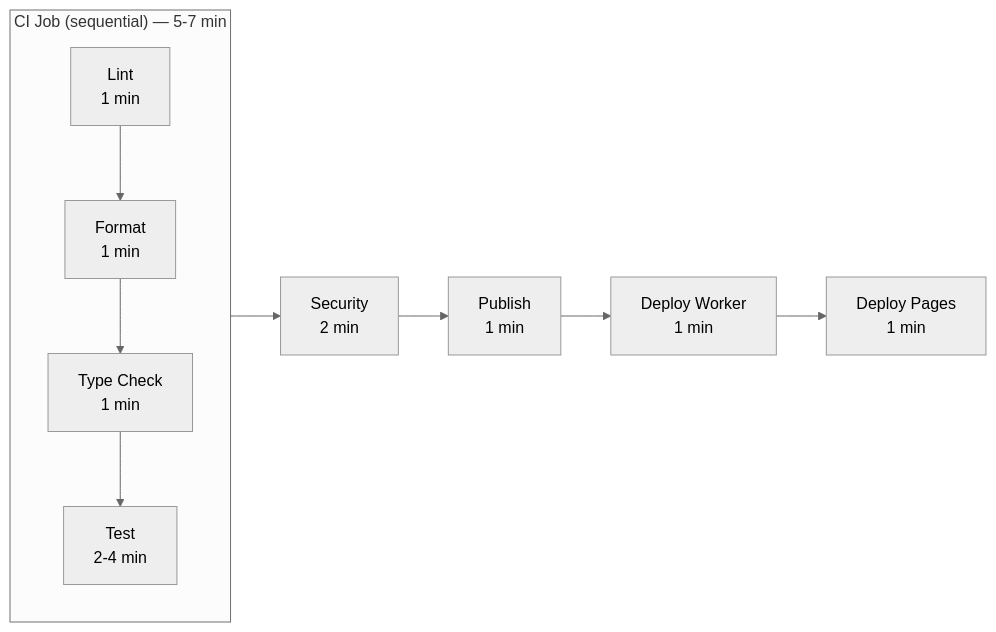
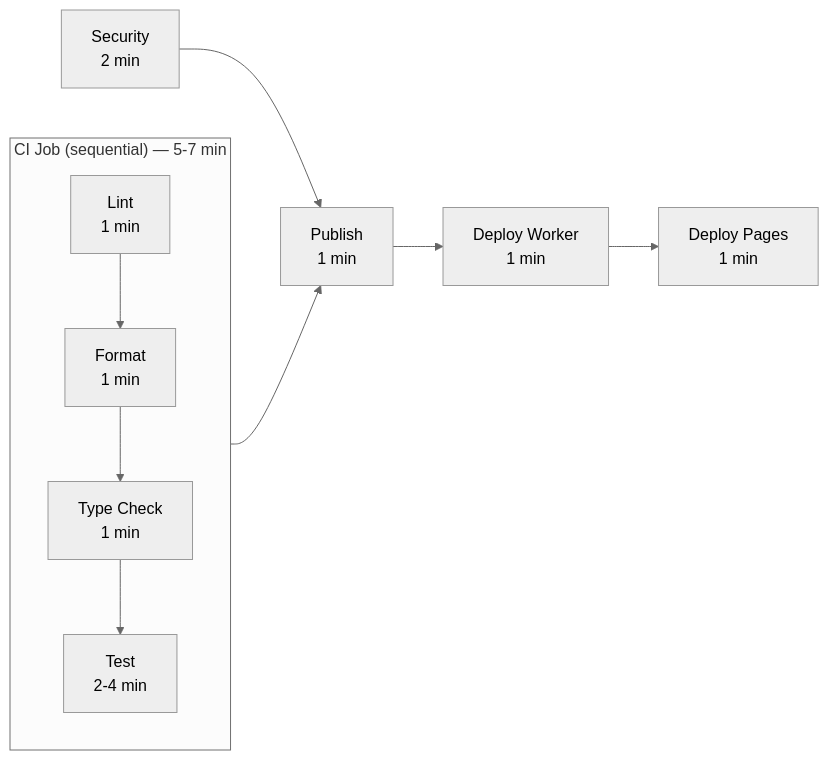
The first of 4 diagrams in docs/WORKFLOW_IMPROVEMENTS.md (AdguardTeam/HostlistCompiler), drawn with Mermaid (neutral theme) before and after one commit. The commit also changed 1 other file, not shown here.

Commit message:
docs: apply PR review feedback on Mermaid diagrams

````diff
--- a/docs/WORKFLOW_IMPROVEMENTS.md
+++ b/docs/WORKFLOW_IMPROVEMENTS.md
@@ -117,10 +117,11 @@
 ```mermaid
 flowchart LR
     subgraph SEQ["CI Job (sequential) — 5-7 min"]
         L[Lint\n1 min] --> F[Format\n1 min] --> TC[Type Check\n1 min] --> T[Test\n2-4 min]
     end
-    SEQ --> SEC[Security\n2 min]
-    SEC --> PUB[Publish\n1 min]
+    SEC[Security\n2 min]
+    SEQ --> PUB[Publish\n1 min]
+    SEC --> PUB
     PUB --> DW[Deploy Worker\n1 min]
     DW --> DP[Deploy Pages\n1 min]
 ```
````
